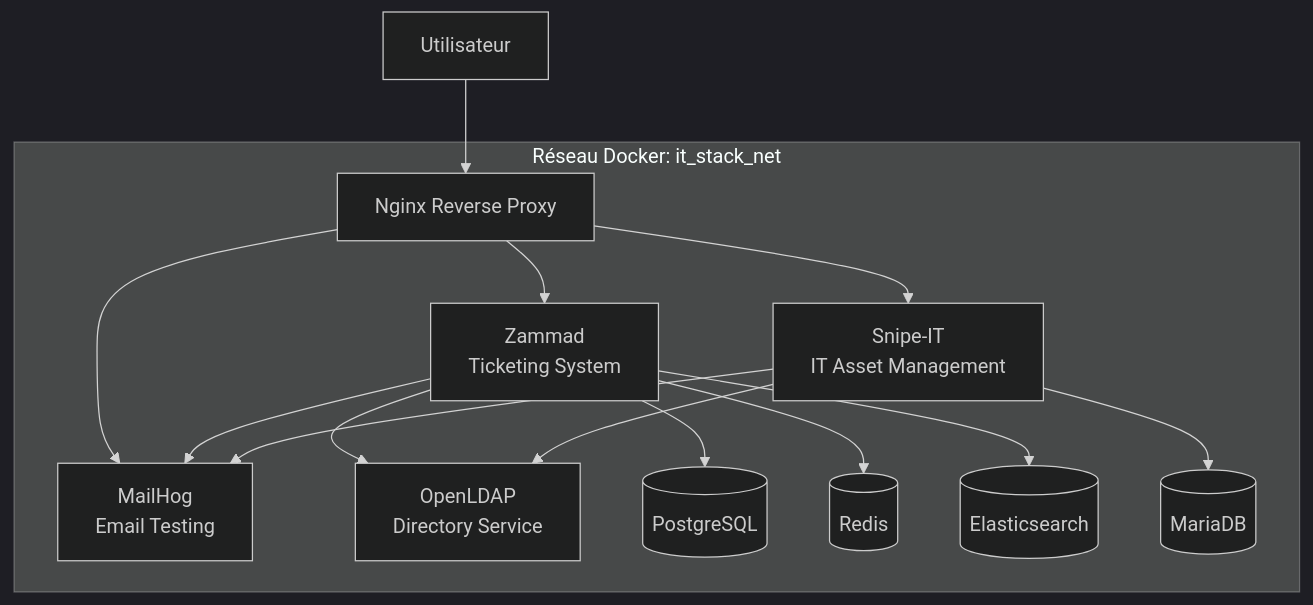
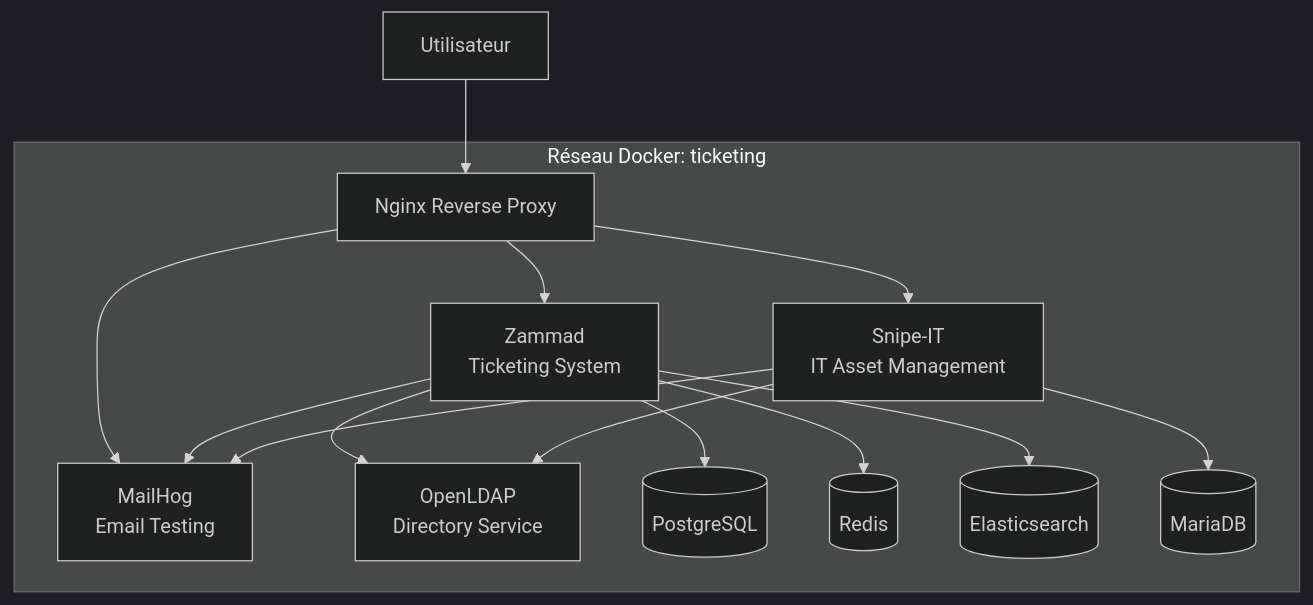
Before and after one commit to AnythingLegalConsidered/Ticketing: the diagram in README.md, drawn with Mermaid (dark theme).

Commit message:
Update README.md: correct Docker network name in architecture diagram (it_stack_net -> ticketing)

````diff
--- a/README.md
+++ b/README.md
@@ -21,30 +21,30 @@
 ```mermaid
 graph TB
     User[Utilisateur] --> Nginx[Nginx Reverse Proxy]
     
     Nginx --> Zammad[Zammad<br/>Ticketing System]
     Nginx --> SnipeIT[Snipe-IT<br/>IT Asset Management]
     Nginx --> MailHog[MailHog<br/>Email Testing]
     
     Zammad --> OpenLDAP[OpenLDAP<br/>Directory Service]
     Zammad --> MailHog
     Zammad --> Postgres[(PostgreSQL)]
     Zammad --> Redis[(Redis)]
     Zammad --> ES[(Elasticsearch)]
     
     SnipeIT --> OpenLDAP
     SnipeIT --> MailHog
     SnipeIT --> MariaDB[(MariaDB)]
     
-    subgraph "Réseau Docker: it_stack_net"
+    subgraph "Réseau Docker: ticketing"
         Nginx
         Zammad
         SnipeIT
         MailHog
         OpenLDAP
         Postgres
         MariaDB
         Redis
         ES
     end
 ```
````
